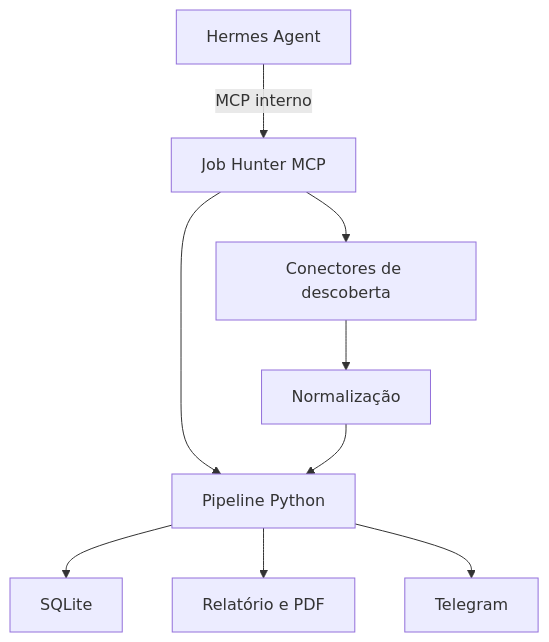
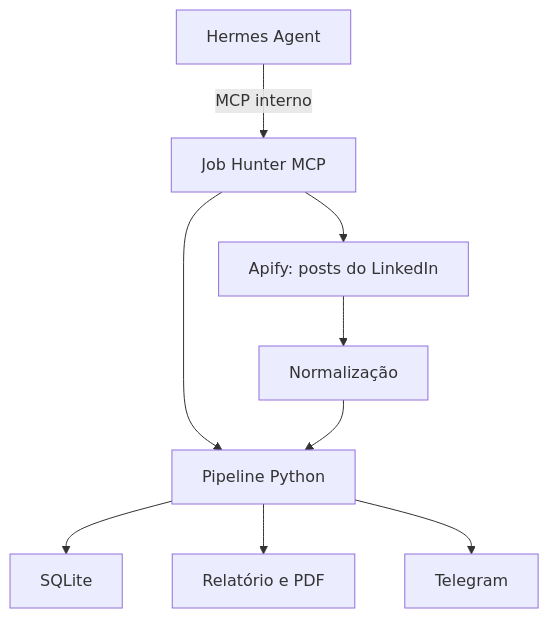
Before and after one commit to jvras58/hermes-vagas: the diagram in docs/spec.md, drawn with Mermaid. The commit also changed other lines of this file and 18 other files, not shown here.

Commit message:
feat: integrate LinkedIn post search via Apify

````diff
--- a/docs/spec.md
+++ b/docs/spec.md
@@ -204,11 +236,11 @@
 ```mermaid
 flowchart TD
     Hermes["Hermes Agent"] -->|"MCP interno"| MCP["Job Hunter MCP"]
-    MCP --> Descoberta["Conectores de descoberta"]
+    MCP --> Apify["Apify: posts do LinkedIn"]
     MCP --> Pipeline["Pipeline Python"]
-    Descoberta --> Normalizacao["Normalização"]
+    Apify --> Normalizacao["Normalização"]
     Normalizacao --> Pipeline
     Pipeline --> SQLite["SQLite"]
     Pipeline --> Outputs["Relatório e PDF"]
     Pipeline --> Telegram["Telegram"]
 ```
````
